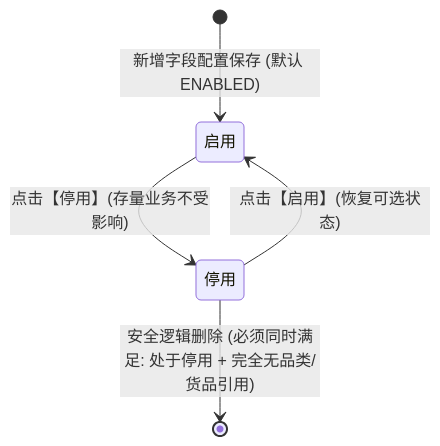
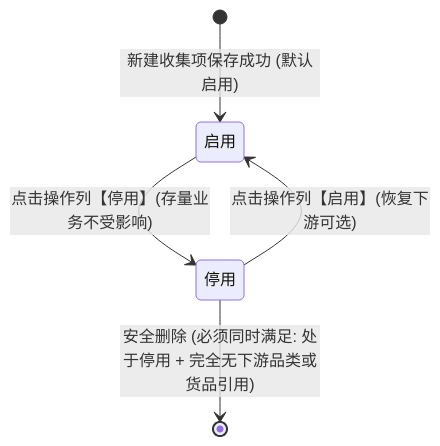
The second of 2 diagrams in 02-PRD文档/B-迭代需求/6.3版本（2026.09）/07-货品规格管理-入库收集项配置/入库收集项配置主PRD.md (RobertHuang999/SYZC), drawn with Mermaid before and after one commit. The commit also changed other lines of this file and 51 other files, not shown here.

````diff
--- a/02-PRD文档/B-迭代需求/6.3版本（2026.09）/07-货品规格管理-入库收集项配置/入库收集项配置主PRD.md
+++ b/02-PRD文档/B-迭代需求/6.3版本（2026.09）/07-货品规格管理-入库收集项配置/入库收集项配置主PRD.md
@@ -79,7 +76,7 @@
 ```mermaid
 stateDiagram-v2
-    [*] --> 启用: 新增字段配置保存 (默认 ENABLED)
-    启用 --> 停用: 点击【停用】(存量业务不受影响)
-    停用 --> 启用: 点击【启用】(恢复可选状态)
-    停用 --> [*]: 安全逻辑删除 (必须同时满足: 处于停用 + 完全无品类/货品引用)
+    [*] --> 启用: 新建收集项保存成功 (默认启用)
+    启用 --> 停用: 点击操作列【停用】(存量业务不受影响)
+    停用 --> 启用: 点击操作列【启用】(恢复下游可选)
+    停用 --> [*]: 安全删除 (必须同时满足: 处于停用 + 完全无下游品类或货品引用)
 ```
````
